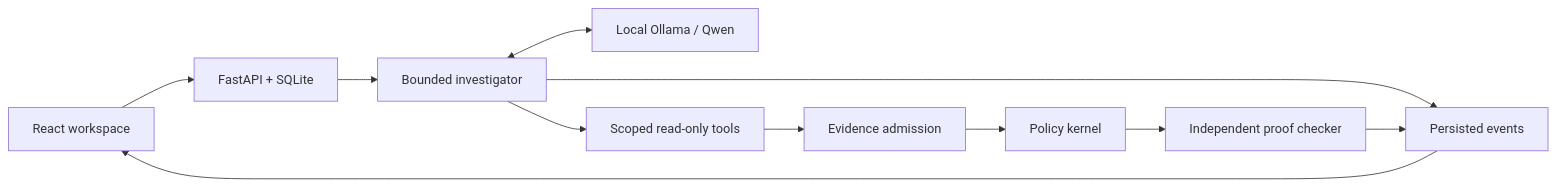
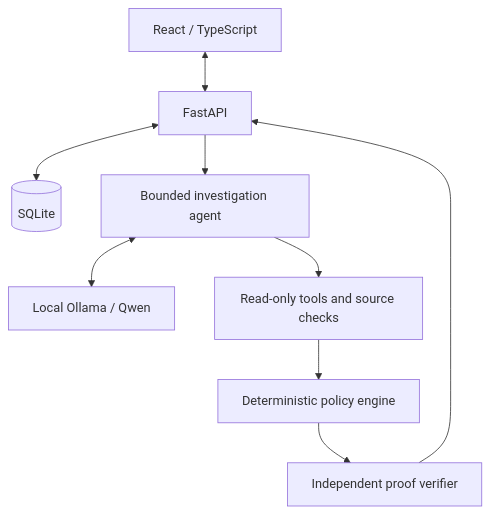
The diagram in README.md (Amita7898/Ghost-data), drawn with Mermaid before and after one commit. The commit also changed other lines of this file and 4 other files, not shown here.

````diff
--- a/README.md
+++ b/README.md
@@ -56,13 +59,11 @@
 ```mermaid
-flowchart LR
-  UI[React workspace] --> API[FastAPI + SQLite]
-  API --> Agent[Bounded investigator]
-  Agent <--> Model[Local Ollama / Qwen]
-  Agent --> Tools[Scoped read-only tools]
-  Tools --> Gate[Evidence admission]
-  Gate --> Kernel[Policy kernel]
-  Kernel --> Check[Independent proof checker]
-  Agent --> Events[Persisted events]
-  Check --> Events
-  Events --> UI
+flowchart TD
+  UI["React / TypeScript"] <--> API["FastAPI"]
+  API <--> DB[(SQLite)]
+  API --> Agent["Bounded investigation agent"]
+  Agent <--> LLM["Local Ollama / Qwen"]
+  Agent --> Tools["Read-only tools and source checks"]
+  Tools --> Policy["Deterministic policy engine"]
+  Policy --> Proof["Independent proof verifier"]
+  Proof --> API
 ```
````
